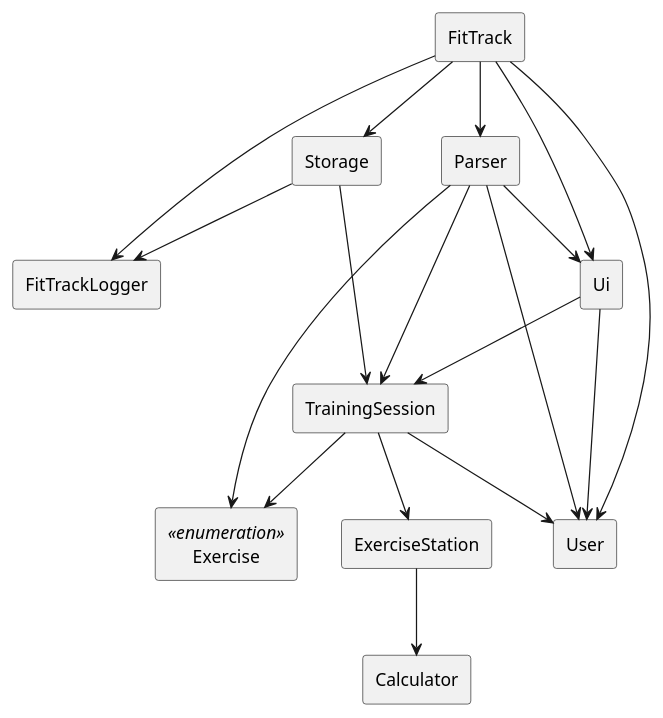
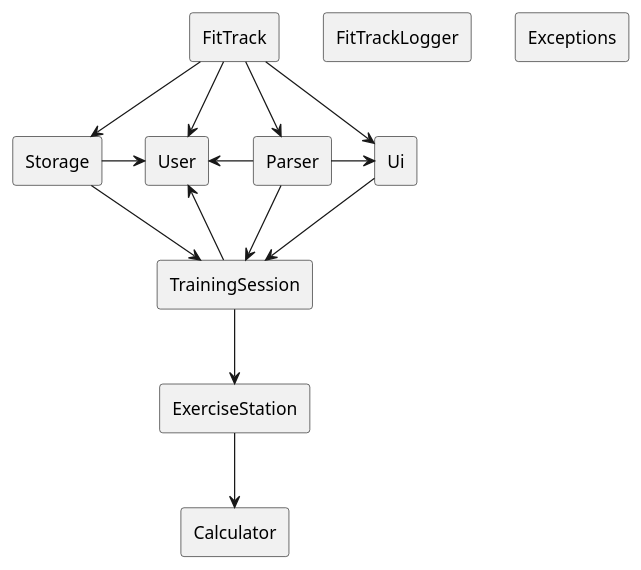
Before and after one commit to nus-cs2113-AY2425S1/tp: the diagram in docs/Diagrams/Archi_Architecture.puml, drawn with PlantUML. The commit also changed 22 other files, not shown here.

```diff
--- a/docs/Diagrams/Archi_Architecture.puml
+++ b/docs/Diagrams/Archi_Architecture.puml
@@ -1,60 +1,55 @@
 @startuml
 hide circle
 skinparam classAttributeIconSize 0
 skinparam classBackgroundColor White
 skinparam classBorderColor Black
 
-rectangle Exercise <<enumeration>> {
-}
-
 rectangle User {
 }
 
 rectangle FitTrackLogger {
+}
+
+rectangle Exceptions {
 }
 
 rectangle Storage {
 }
 
 rectangle FitTrack {
 }
 
 rectangle Parser {
 }
 
 rectangle Ui {
 }
 
 rectangle TrainingSession {
 }
 
 rectangle ExerciseStation {
 }
 
 rectangle Calculator {
 }
 
 FitTrack  -->  Parser
 FitTrack  -->  Ui
 FitTrack  -->  Storage
 FitTrack  -->  User
-FitTrack  -->  FitTrackLogger
 
 Parser  -->  TrainingSession
-Parser  --> Exercise
-Parser  -->  User
-Parser  -->  Ui
+Parser  -left->  User
+Parser  -right->  Ui
 
-Ui  -->  User
 Ui  -->  TrainingSession
 
 Storage  -->  TrainingSession
-Storage  -->  FitTrackLogger
-
+Storage -> User
 TrainingSession  -->  User
-TrainingSession  --> Exercise
 TrainingSession  --> ExerciseStation
 
 ExerciseStation --> Calculator
 
 @enduml
```
